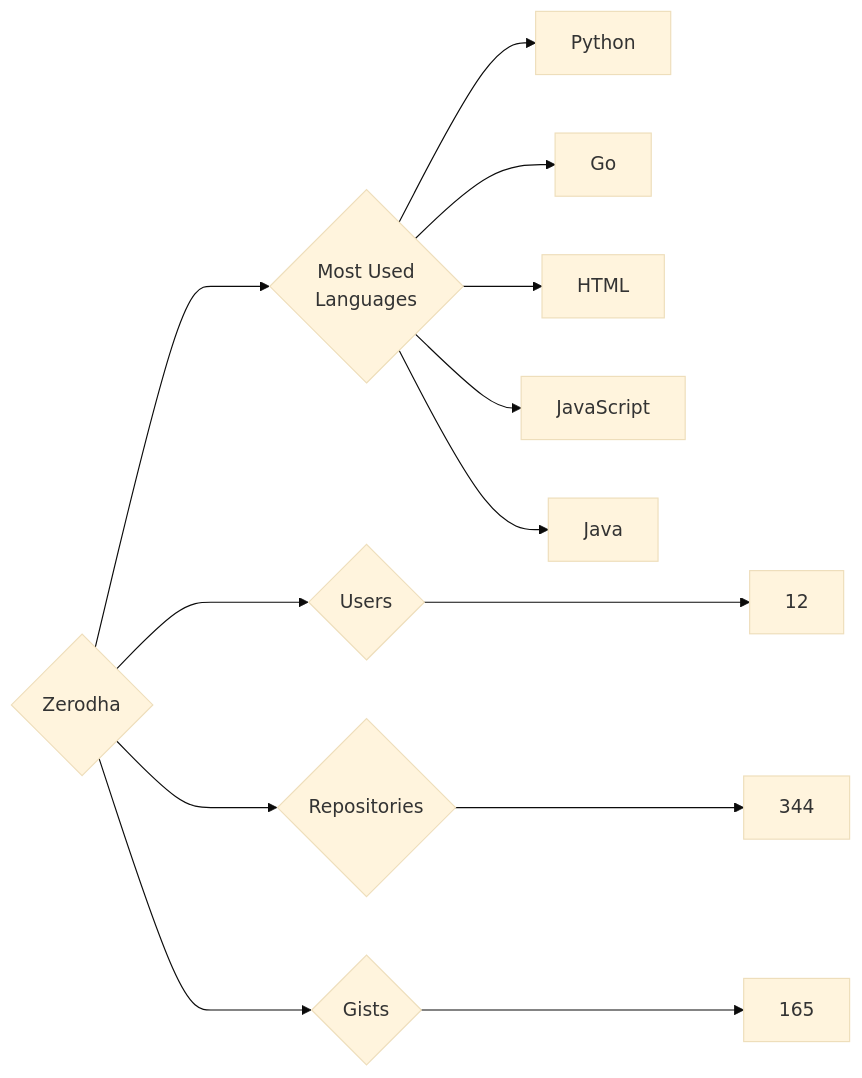
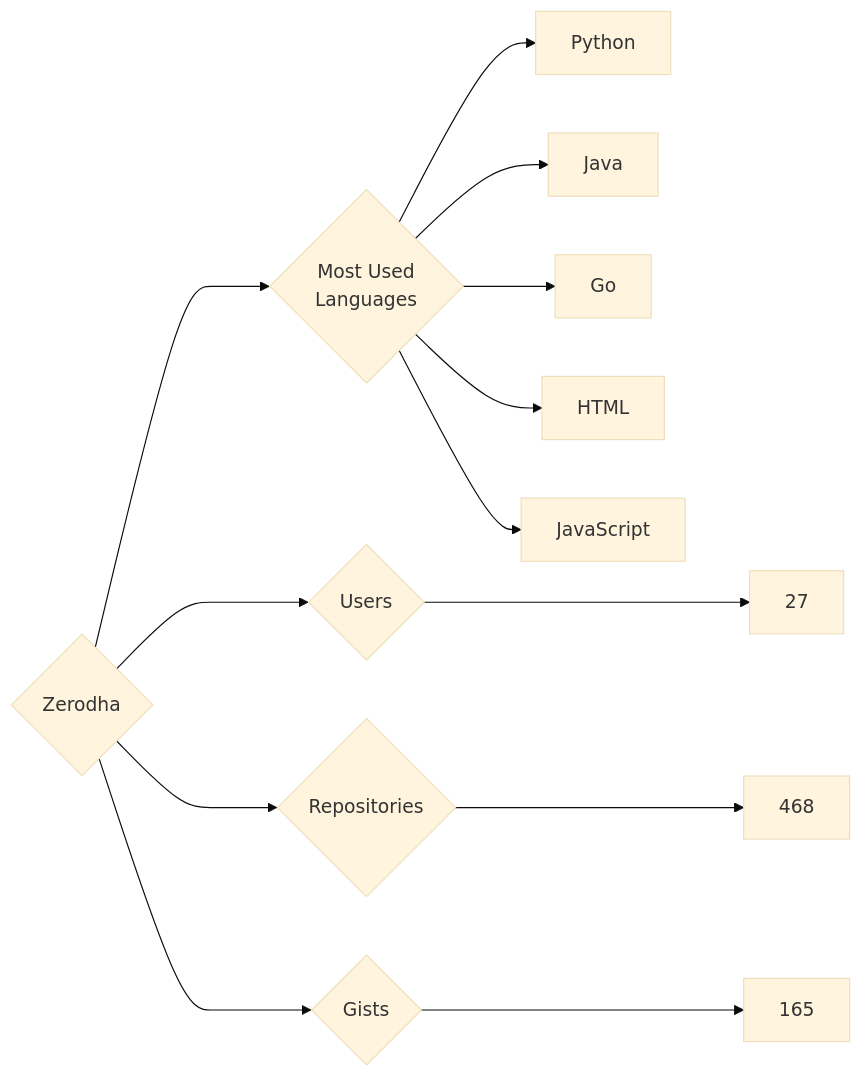
Before and after one commit to trickest/insiders: the diagram in targets/Zerodha/README.md, drawn with Mermaid (base theme). The commit also changed 903 other files, not shown here.

````diff
--- a/targets/Zerodha/README.md
+++ b/targets/Zerodha/README.md
@@ -3,13 +3,13 @@
 ```mermaid
 graph LR
 COMPANY_NAME{Zerodha}
-COMPANY_NAME ---> U{Users} ---> UN[12]
-COMPANY_NAME ---> R{Repositories} ---> RN[344]
+COMPANY_NAME ---> U{Users} ---> UN[27]
+COMPANY_NAME ---> R{Repositories} ---> RN[468]
 COMPANY_NAME ---> G{Gists} ---> GN[165]
 COMPANY_NAME ---> ML{Most Used<br>Languages}
 ML --> Python[Python]
+ML --> Java[Java]
 ML --> Go[Go]
 ML --> HTML[HTML]
 ML --> JavaScript[JavaScript]
-ML --> Java[Java]
 ```
````
